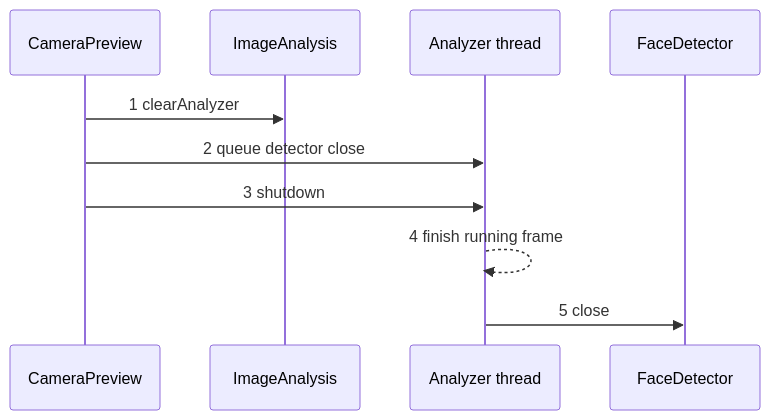
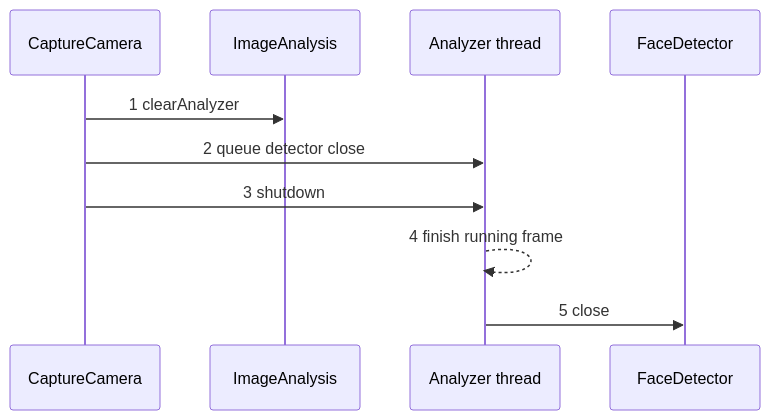
One commit to hamza-aziz-ai/Face-Dataset-Collector changed the fourth of 4 diagrams in docs/FLOW.md. Above: the diagram before and after it, drawn with Mermaid. The commit also changed other lines of this file and 22 other files, not shown here.

````diff
--- a/docs/FLOW.md
+++ b/docs/FLOW.md
@@ -148,12 +128,12 @@
 ```mermaid
 sequenceDiagram
-    participant C as CameraPreview
+    participant C as CaptureCamera
     participant X as ImageAnalysis
     participant T as Analyzer thread
     participant D as FaceDetector
     C->>X: 1 clearAnalyzer
     C->>T: 2 queue detector close
     C->>T: 3 shutdown
     T-->>T: 4 finish running frame
     T->>D: 5 close
 ```
````
